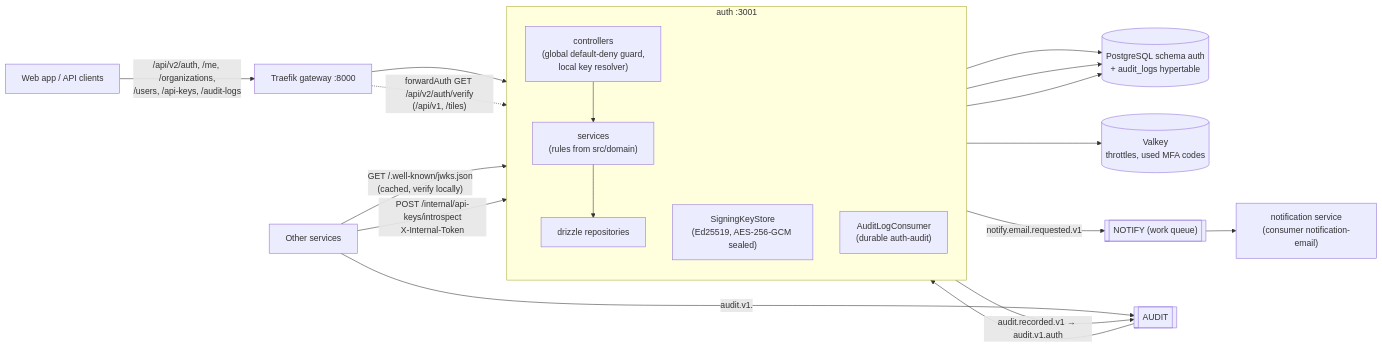
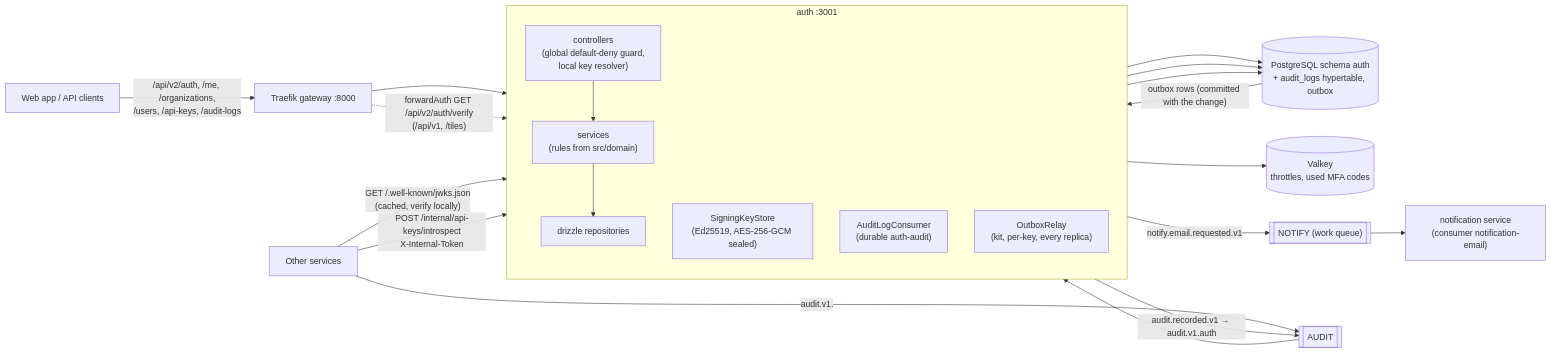
One commit to DarmawanWeb/ais-its-auth-service changed the first of 2 diagrams in README.md. Above: the diagram before and after it, drawn with Mermaid. The commit also changed other lines of this file and 90 other files, not shown here.

First line of the commit message:
feat: kit 0.3 upgrade, API key rotation and audit names (0.2.0)

````diff
--- a/README.md
+++ b/README.md
@@ -46,22 +52,24 @@
 ```mermaid
 flowchart LR
   web["Web app / API clients"] -->|"/api/v2/auth, /me, /organizations,<br/>/users, /api-keys, /audit-logs"| gw["Traefik gateway :8000"]
   gw --> auth
   gw -.->|"forwardAuth GET /api/v2/auth/verify<br/>(/api/v1, /tiles)"| auth
   services["Other services"] -->|"GET /.well-known/jwks.json<br/>(cached, verify locally)"| auth
   services -->|"POST /internal/api-keys/introspect<br/>X-Internal-Token"| auth
   subgraph auth["auth :3001"]
     direction TB
     ctl["controllers<br/>(global default-deny guard,<br/>local key resolver)"] --> svc["services<br/>(rules from src/domain)"] --> repo["drizzle repositories"]
     keys["SigningKeyStore<br/>(Ed25519, AES-256-GCM sealed)"]
     consumer["AuditLogConsumer<br/>(durable auth-audit)"]
+    relay["OutboxRelay<br/>(kit, per-key, every replica)"]
   end
-  repo --> pg[("PostgreSQL schema auth<br/>+ audit_logs hypertable")]
+  repo --> pg[("PostgreSQL schema auth<br/>+ audit_logs hypertable, outbox")]
   keys --> pg
   svc --> valkey[("Valkey<br/>throttles, used MFA codes")]
   svc -->|"notify.email.requested.v1"| notify[["NOTIFY (work queue)"]]
-  svc -->|"audit.recorded.v1 → audit.v1.auth"| audit[["AUDIT"]]
+  pg -->|"outbox rows (committed with the change)"| relay
+  relay -->|"audit.recorded.v1 → audit.v1.auth"| audit[["AUDIT"]]
   services -->|"audit.v1.<service>"| audit
   audit --> consumer --> pg
   notify --> notification["notification service<br/>(consumer notification-email)"]
 ```
````
